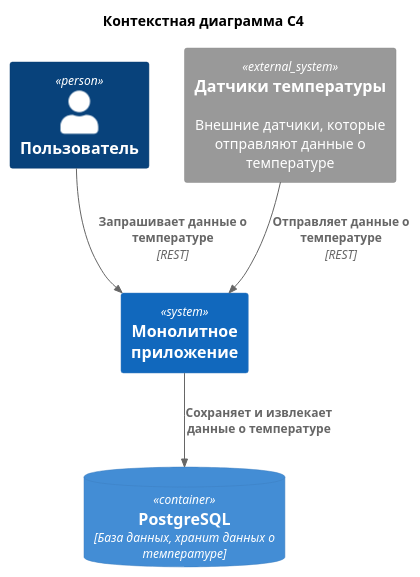
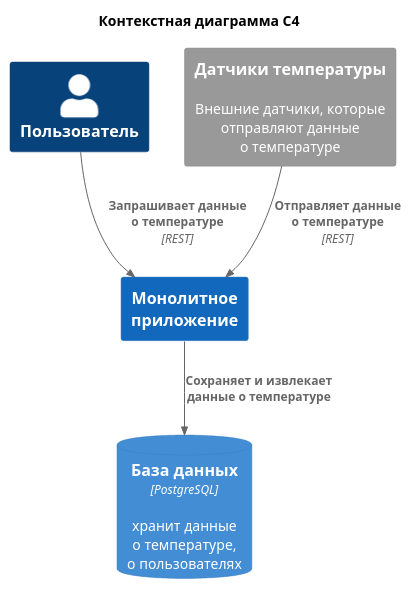
The first of 3 diagrams in Project_template_part_1.md (AlexPunches/architecture-sprint-3), drawn with PlantUML before and after one commit. The commit also changed other lines of this file, not shown here.

````diff
--- a/Project_template_part_1.md
+++ b/Project_template_part_1.md
@@ -46,18 +46,18 @@
 ```plantuml
 @startuml
 !includeurl https://raw.githubusercontent.com/RicardoNiepel/C4-PlantUML/master/C4_Component.puml
+HIDE_STEREOTYPE()
 
 title Контекстная диаграмма C4
 
-Person(Пользователь, "Пользователь")
-System(МонолитноеПриложение, "Монолитное приложение")
-System_Ext(ДатчикиТемпературы, "Датчики температуры", "Внешние датчики, которые отправляют данные о температуре")
+Person(user, "Пользователь")
+System(app, "Монолитное приложение")
+System_Ext(sensors, "Датчики температуры", "Внешние датчики, которые отправляют данные о температуре")
+ContainerDb(db, "База данных", "PostgreSQL", "хранит данные о температуре, о пользователях")
 
-ContainerDb(PostgreSQL, "PostgreSQL", "База данных, хранит данных о температуре")
-
-Rel(Пользователь, МонолитноеПриложение, "Запрашивает данные о температуре", "REST")
-Rel(МонолитноеПриложение, PostgreSQL, "Сохраняет и извлекает данные о температуре")
-Rel(ДатчикиТемпературы, МонолитноеПриложение, "Отправляет данные о температуре", "REST")
+Rel(user, app, "Запрашивает данные о температуре", "REST")
+Rel(app, db, "Сохраняет и извлекает данные о температуре")
+Rel(sensors, app, "Отправляет данные о температуре", "REST")
 
 @enduml
 ```
````
